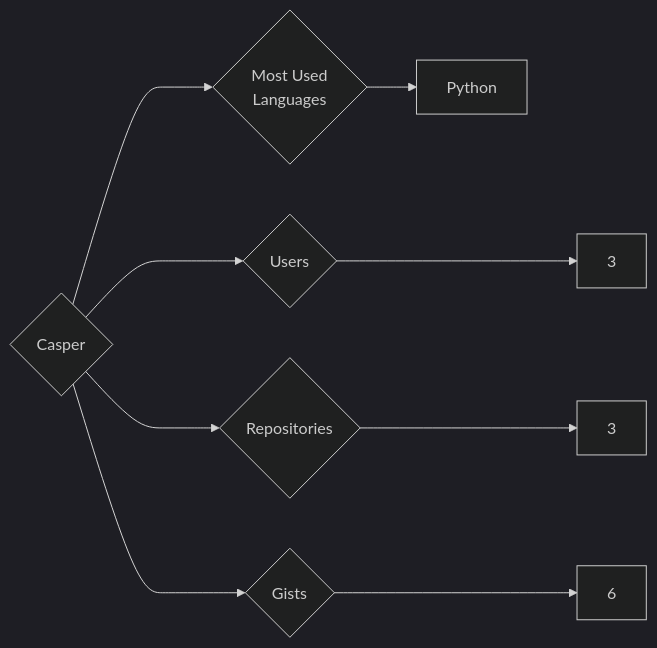
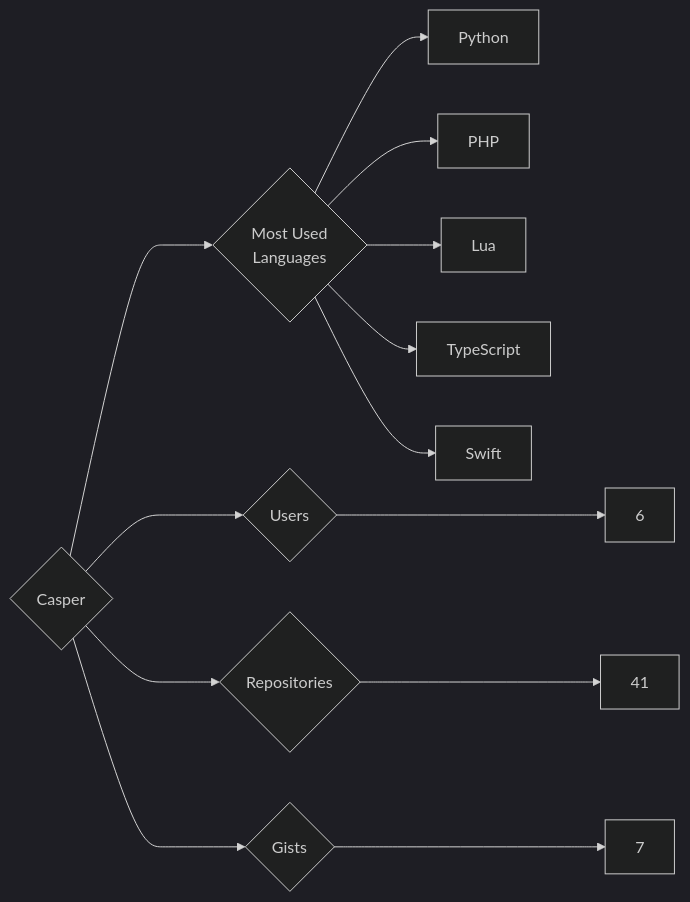
The diagram in targets/Casper/README.md (trickest/insiders), drawn with Mermaid (dark theme) before and after one commit. The commit also changed 693 other files, not shown here.

````diff
--- a/targets/Casper/README.md
+++ b/targets/Casper/README.md
@@ -3,9 +3,13 @@
 ```mermaid
 graph LR
 COMPANY_NAME{Casper}
-COMPANY_NAME ---> U{Users} ---> UN[3]
-COMPANY_NAME ---> R{Repositories} ---> RN[3]
-COMPANY_NAME ---> G{Gists} ---> GN[6]
+COMPANY_NAME ---> U{Users} ---> UN[6]
+COMPANY_NAME ---> R{Repositories} ---> RN[41]
+COMPANY_NAME ---> G{Gists} ---> GN[7]
 COMPANY_NAME ---> ML{Most Used<br>Languages}
 ML --> Python[Python]
+ML --> PHP[PHP]
+ML --> Lua[Lua]
+ML --> TypeScript[TypeScript]
+ML --> Swift[Swift]
 ```
````
